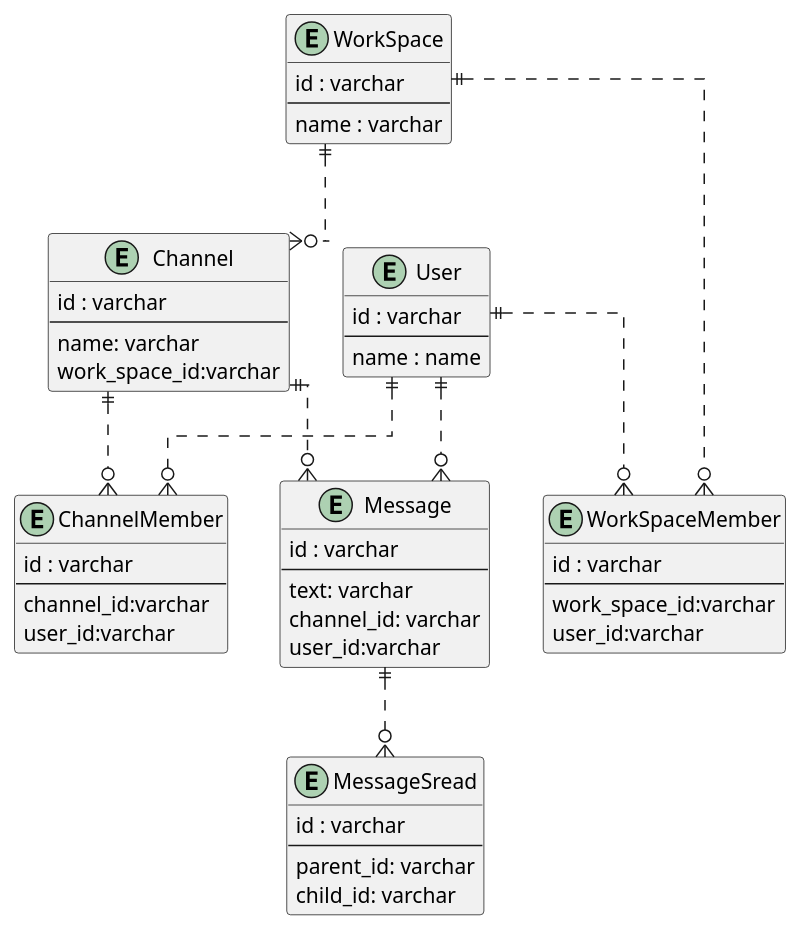
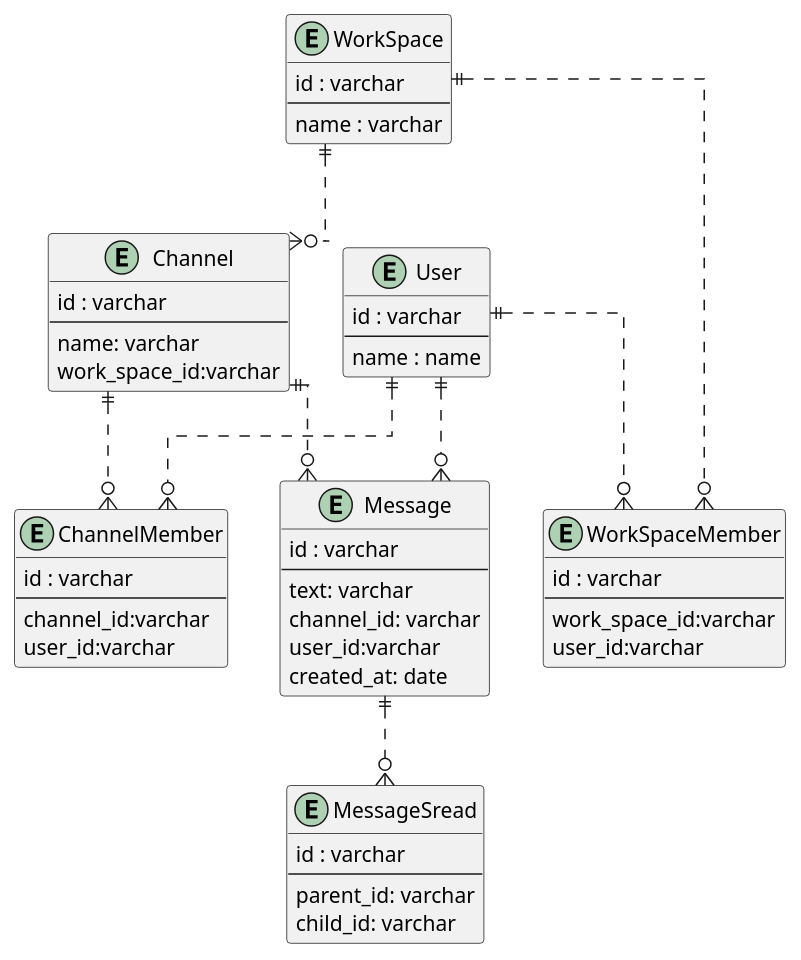
Before and after one commit to kai815/PrAhaChallenge: the diagram in db/modeling/two/answer.pu, drawn with PlantUML. The commit also changed 1 other file, not shown here.

```diff
--- a/db/modeling/two/answer.pu
+++ b/db/modeling/two/answer.pu
@@ -1,63 +1,64 @@
 @startuml
 
 
 ' avoid problems with angled crows feet
 skinparam linetype ortho
 
 entity "WorkSpace"{
   id : varchar
   --
   name : varchar
 }
 
 entity "User"{
   id : varchar
   --
   name : name
 }
 
 entity "WorkSpaceMember"{
   id : varchar
   --
   work_space_id:varchar
   user_id:varchar
 }
 
 entity "Message" {
   id : varchar
   --
   text: varchar
   channel_id: varchar
   user_id:varchar
+  created_at: date
 }
 
 entity "MessageSread" {
   id : varchar
   --
   parent_id: varchar
   child_id: varchar
 }
 
 entity "Channel" {
   id : varchar
   --
   name: varchar
   work_space_id:varchar
 }
 
 entity "ChannelMember" {
   id : varchar
   --
   channel_id:varchar
   user_id:varchar
 }
 
 WorkSpace ||..o{ WorkSpaceMember
 User ||..o{ WorkSpaceMember
 User ||..o{ ChannelMember
 WorkSpace ||..o{ Channel
 Channel ||..o{ ChannelMember
 User ||..o{ Message
 Channel ||..o{ Message
 Message ||..o{ MessageSread
 @enduml
```
